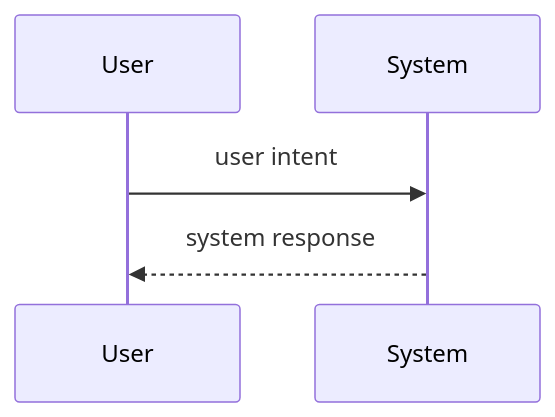
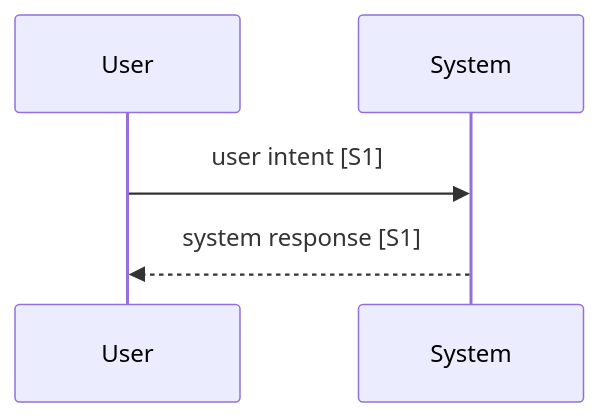
The diagram in dev/mvp/spec/02-use-cases/_TEMPLATE.md (Luke23127006/DeckAgent), drawn with Mermaid before and after one commit. The commit also changed 14 other files, not shown here.

First line of the commit message:
docs(spec): tag use case diagram messages with their step ID

````diff
--- a/dev/mvp/spec/02-use-cases/_TEMPLATE.md
+++ b/dev/mvp/spec/02-use-cases/_TEMPLATE.md
@@ -15,7 +15,7 @@
 ```mermaid
 sequenceDiagram
   participant U as User
   participant S as System
-  U->>S: user intent
-  S-->>U: system response
+  U->>S: user intent [S1]
+  S-->>U: system response [S1]
 ```
````
